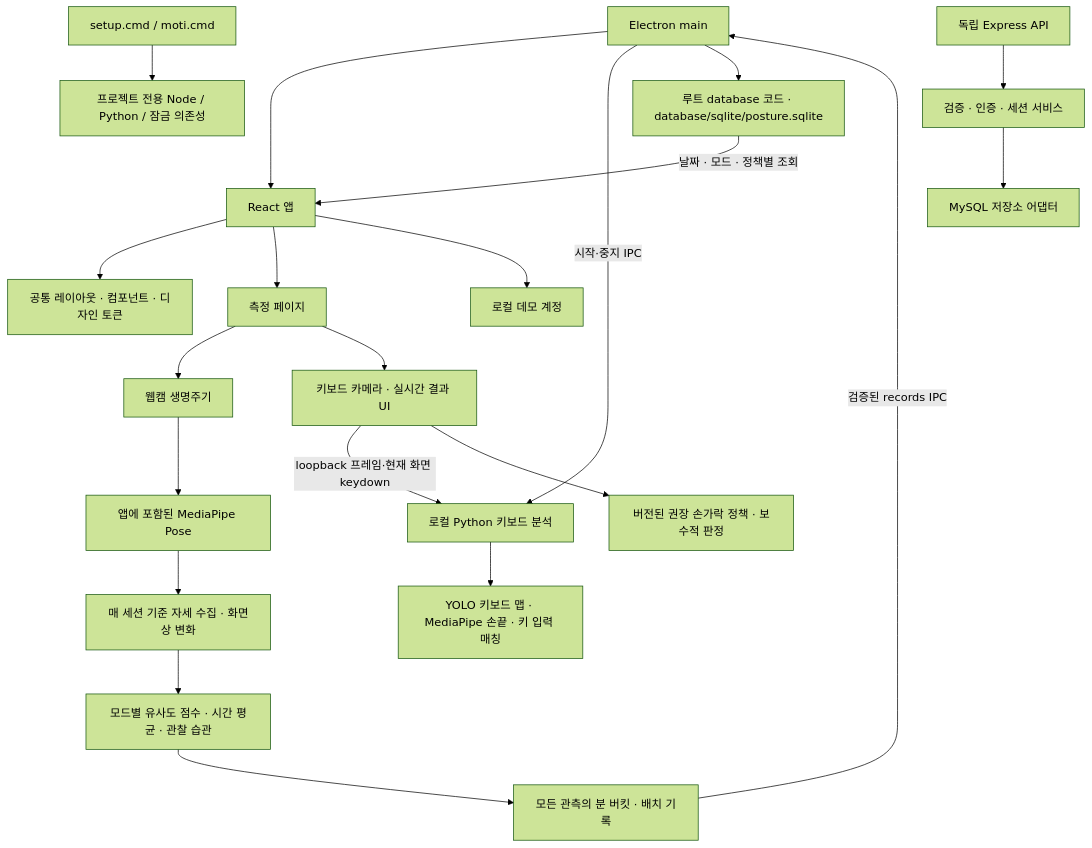
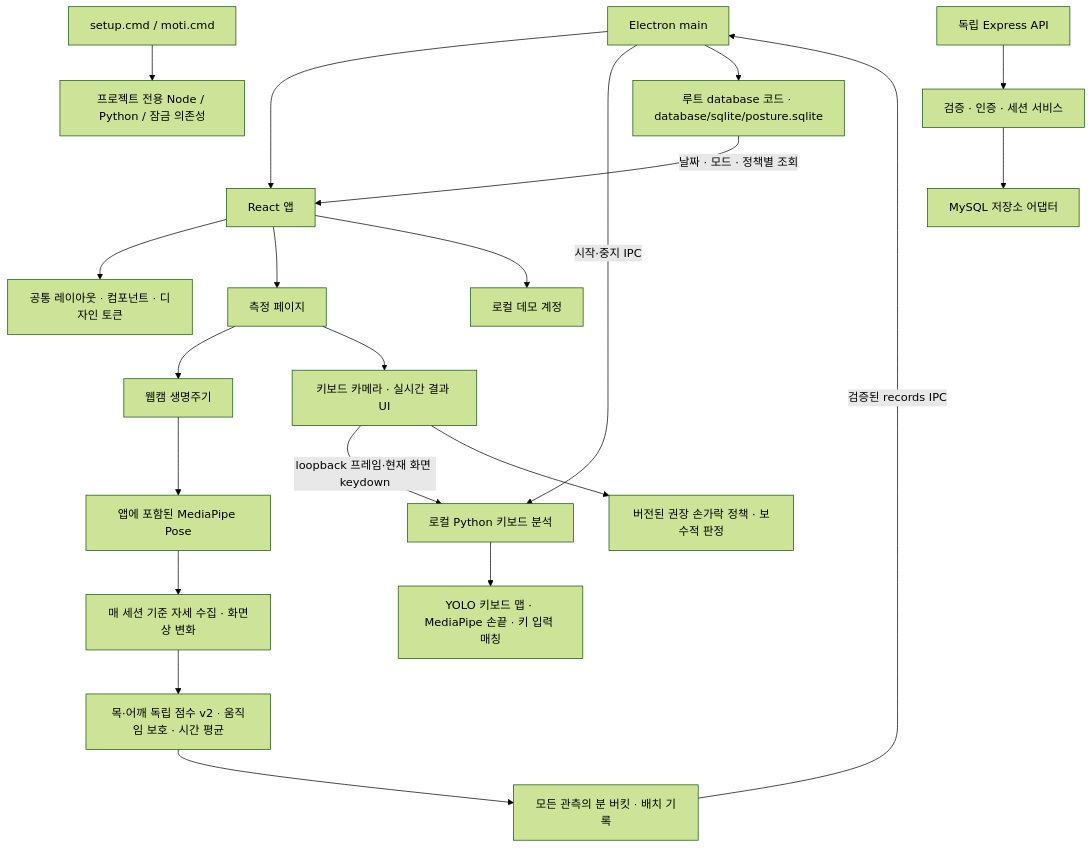
The diagram in docs/architecture.md (Attraaa/Graduation-Project), drawn with Mermaid (forest theme) before and after one commit. The commit also changed other lines of this file and 35 other files, not shown here.

````diff
--- a/docs/architecture.md
+++ b/docs/architecture.md
@@ -7,23 +7,23 @@
 ```mermaid
 flowchart TD
   S[setup.cmd / moti.cmd] --> T[프로젝트 전용 Node / Python / 잠금 의존성]
   E[Electron main] --> R[React 앱]
   E -->|시작·중지 IPC| K[로컬 Python 키보드 분석]
   R --> UI[공통 레이아웃 · 컴포넌트 · 디자인 토큰]
   R --> M[측정 페이지]
   M --> W[웹캠 생명주기]
   W --> P[앱에 포함된 MediaPipe Pose]
   P --> C[매 세션 기준 자세 수집 · 화면상 변화]
-  C --> V1[모드별 유사도 점수 · 시간 평균 · 관찰 습관]
+  C --> V1[목·어깨 독립 점수 v2 · 움직임 보호 · 시간 평균]
   R --> D[로컬 데모 계정]
   V1 --> REC[모든 관측의 분 버킷 · 배치 기록]
   REC -->|검증된 records IPC| E
   E --> SQLITE[루트 database 코드 · database/sqlite/posture.sqlite]
   SQLITE -->|날짜 · 모드 · 정책별 조회| R
   A[독립 Express API] --> V[검증 · 인증 · 세션 서비스]
   V --> DB[MySQL 저장소 어댑터]
   M --> KM[키보드 카메라 · 실시간 결과 UI]
   KM -->|loopback 프레임·현재 화면 keydown| K
   K --> F[YOLO 키보드 맵 · MediaPipe 손끝 · 키 입력 매칭]
   KM --> FP[버전된 권장 손가락 정책 · 보수적 판정]
 ```
````
